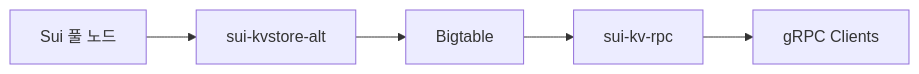
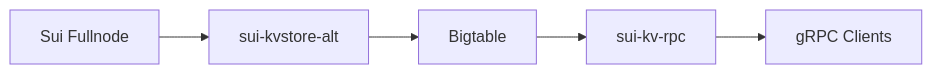
The diagram in docs/i18n/ko/docusaurus-plugin-content-docs/current/operators/data-management/archival-stack-setup.mdx (Sui-Dev-Korea/sui), drawn with Mermaid before and after one commit. The commit also changed other lines of this file and 253 other files, not shown here.

````diff
--- a/docs/i18n/ko/docusaurus-plugin-content-docs/current/operators/data-management/archival-stack-setup.mdx
+++ b/docs/i18n/ko/docusaurus-plugin-content-docs/current/operators/data-management/archival-stack-setup.mdx
@@ -20,7 +20,7 @@
 ```mermaid
 graph LR
-    A[Sui 풀 노드] --> B[sui-kvstore-alt]
+    A[Sui Fullnode] --> B[sui-kvstore-alt]
     B --> C[Bigtable]
     C --> D[sui-kv-rpc]
     D --> E[gRPC Clients]
 ```
````
